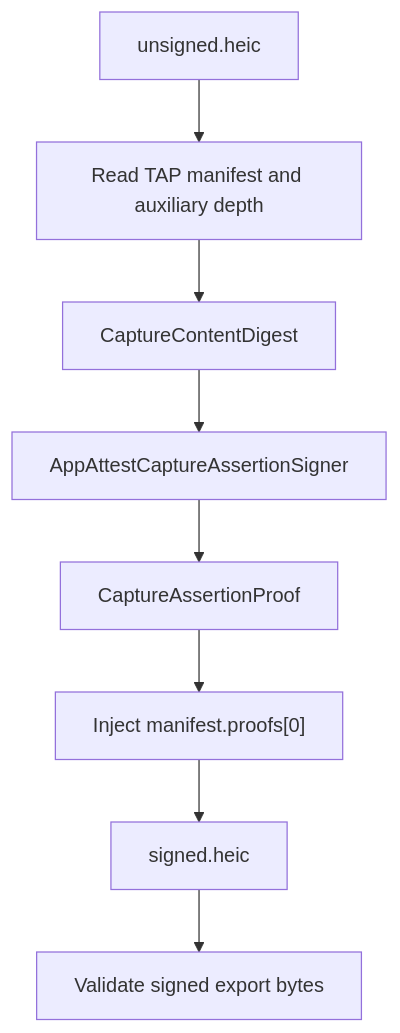
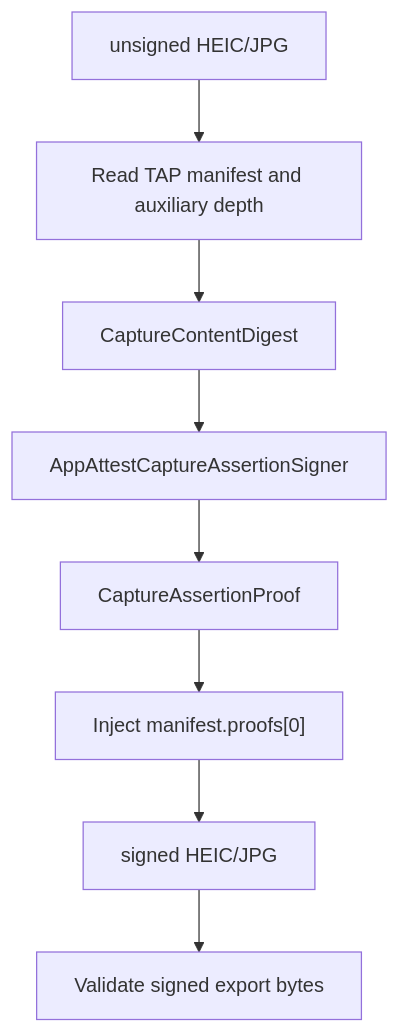
Before and after one commit to TAP-NAP/TAPCamDemo: the second of 2 diagrams in Docs/AppAttest/README.md, drawn with Mermaid. The commit also changed other lines of this file and 75 other files, not shown here.

Commit message:
Refine capture and diagnostics flow

````diff
--- a/Docs/AppAttest/README.md
+++ b/Docs/AppAttest/README.md
@@ -50,16 +50,16 @@
 ```mermaid
 flowchart TD
-    Unsigned["unsigned.heic"] --> Reader["Read TAP manifest and auxiliary depth"]
+    Unsigned["unsigned HEIC/JPG"] --> Reader["Read TAP manifest and auxiliary depth"]
     Reader --> Digest["CaptureContentDigest"]
     Digest --> Signer["AppAttestCaptureAssertionSigner"]
     Signer --> Proof["CaptureAssertionProof"]
     Proof --> Inject["Inject manifest.proofs[0]"]
-    Inject --> Signed["signed.heic"]
+    Inject --> Signed["signed HEIC/JPG"]
     Signed --> Validate["Validate signed export bytes"]
 
     click Reader "../../TAPCamDemo/DepthAnalysis/DepthAnalysisReader.swift"
     click Digest "../../TAPCamDemo/CameraCapture/Output/CaptureContentDigest.swift"
     click Signer "../../TAPCamDemo/CameraCapture/Output/AppAttestCaptureAssertionSigner.swift"
     click Inject "../../TAPCamDemo/CameraCapture/Output/TAPDepthHEICWriter.swift"
     click Validate "../../TAPCamDemo/CameraCapture/Output/TAPCaptureProvenanceWriter.swift"
 ```
````
